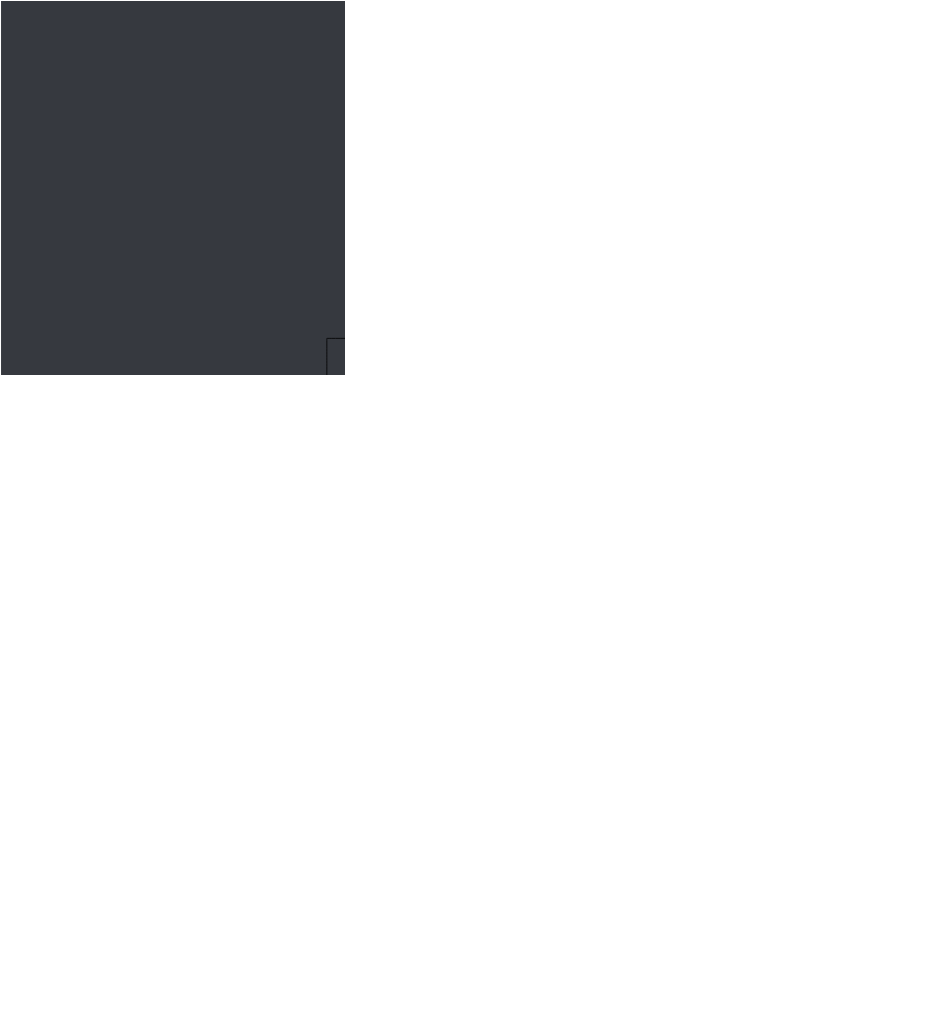
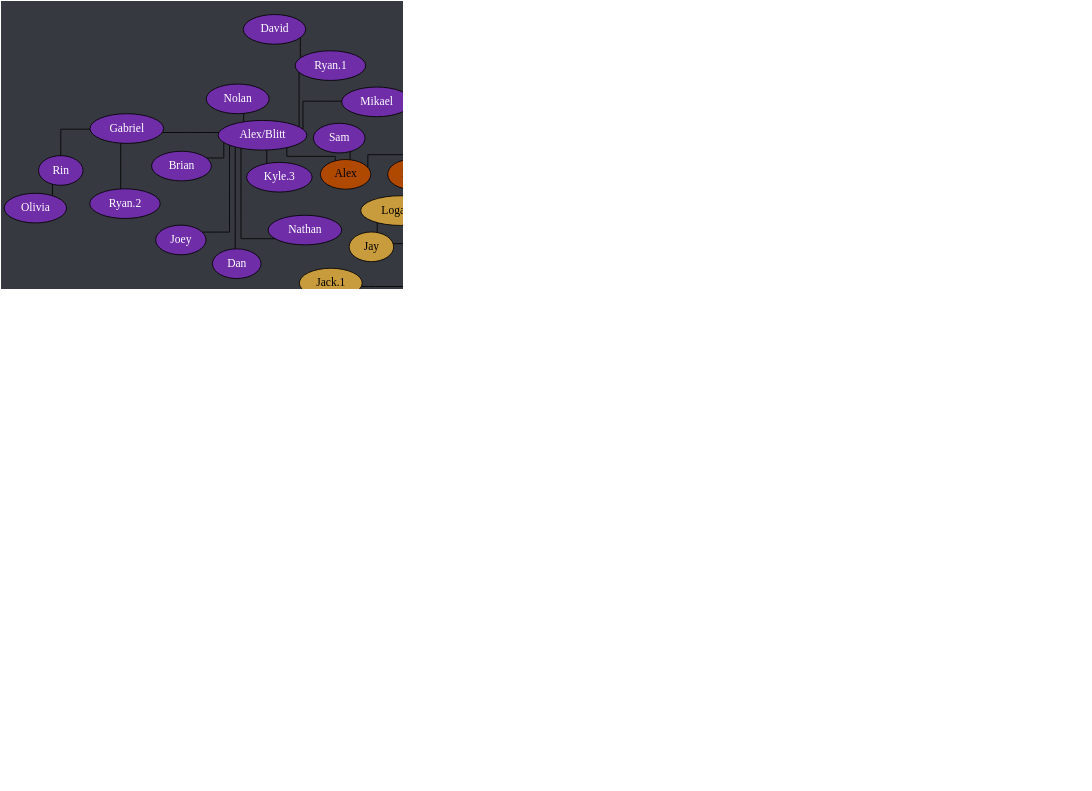
Before and after one commit to Documidas/CoronaCatzFamilyTree: the diagram in tree.dot, drawn with Graphviz. The commit also changed 1 other file, not shown here.

Commit message:
Add David

```diff
--- a/tree.dot
+++ b/tree.dot
@@ -1,185 +1,186 @@
 strict graph {
 	// Layout Configuration
 	layout = neato;
 	dpi = 200;
 	epsilon = 0.01;
 	mode = major;
 	model = subset;
 	overlap = false;
 	splines = ortho;
 	start = rand;
 
 	// Visual Configuration
 	graph [ truecolor=true bgcolor="#36393f" ];
 	node [ style=filled fillcolor="gray" fontcolor="black" ];
 
 	subgraph "Joel" {
 		node [ style=filled fillcolor="firebrick4" fontcolor="white" ];
 		Joel [ style=filled fillcolor="gold" fontcolor="black" ];
 
 		Cayla -- Ali;
 		Cayla -- Jake;
 		Cayla -- Jonathan;
 		Cayla -- "Nick.1";
 		Cayla -- Ranger;
 		Cayla -- Ross;
 		Joel -- Anders;
 		Joel -- Austin;
 		Joel -- Cayla;
 		Joel -- Jared;
 		Joel -- Patrick;
 		Joel -- Steven;
 		Joel -- Zachry;
 		Zachry -- Syd;
 	}
 
 	subgraph "Anders" {
 		node [ style=filled fillcolor="green4" fontcolor="white" ];
 		// Anders [ style=filled fillcolor="green4" fontcolor="white" ];
 
 		Anders -- Chiara;
 		Anders -- "Cody.1";
 		Anders -- Cole;
 		Anders -- Daniel;
 		Anders -- Derek;
 		Anders -- DJ;
 		Anders -- Jen;
 		Anders -- "Matt.2";
 		Anders -- Solis;
 		Anders -- Wyatt;
 		Anders -- Viwat;
 		Anders -- "Zach.0";
 		Anders -- Zack;
 	}
 
 	subgraph "Jared" {
 		node [ style=filled fillcolor="royalblue" fontcolor="black" ];
 		// Jared [ style=filled fillcolor="royalblue" fontcolor="black" ];
 
 		Aly -- "Nick.2";
 		America -- "Kat.2";
 		Brandi -- Justine;
 		"Bryan.1" -- "Brandon.2";
 		"Bryan.1" -- "Cody.2";
 		"Bryan.1" -- Lori;
 		"Bryan.1" -- "Matt.3";
 		"Bryan.1" -- Nebtune;
 		Donnie -- Aiyo;
 		Donnie -- "Alex.2";
 		Donnie -- Aresty;
 		Donnie -- "Bryan.1";
 		Donnie -- Hua;
 		Donnie -- Mello;
 		Donnie -- Mia;
 		Donnie -- Mimi;
 		Donnie -- Moon;
 		Donnie -- "Nick.2";
 		Donnie -- Naomi;
 		Donnie -- Serge;
 		Donnie -- Vala;
 		Gaby -- "Chris.2";
 		Lori -- "Brandon.1";
 		Jared -- Alexander;
 		Jared -- Ben;
 		Jared -- Brandi;
 		Jared -- "Carter-1.0";
 		Jared -- Chad;
 		Jared -- Dave;
 		Jared -- Donnie;
 		Jared -- Em;
 		Jared -- Fabi;
 		Jared -- Frank;
 		Jared -- Hannah;
 		Jared -- "John Boi";
 		Jared -- "Josh.2";
 		Jared -- Mason;
 		Jared -- "Matt.1";
 		Jared -- Mehmet;
 		Jared -- Nam;
 		Jared -- Pixie;
 		Jared -- Spencer;
 		Jared -- Tyler;
 		Jared -- "Zach/Laniakea";
 		Jared -- Zoe;
 		"John Boi" -- Hardie;
 		Mimi -- Hia;
 		Moon -- "Brandon.3";
 		Tyler -- Aly;
 		Tyler -- "Alex.3";
 		Tyler -- America;
 		Tyler -- "Bryan.2";
 		Tyler -- Gaby;
 		Zoe -- Aiden;
 		Zoe -- Simon;
 	}
 
 	subgraph "Zach/Laniakea" {
 		node [ style=filled fillcolor="#4eff2c" fontcolor="black" ];
 		// "Zach/Laniakea" [ style=filled fillcolor="#4eff2c" fontcolor="black" ];
 
 		"Caio.2" -- "Kyle.1";
 		"Caio.2" -- Lucas;
 		"Ryan/Des" -- Marcus;
 		"Zach/Laniakea" -- "Caio.2";
 		"Zach/Laniakea" -- John;
 		"Zach/Laniakea" -- "Logan.1";
 		"Zach/Laniakea" -- Kevin;
 		"Zach/Laniakea" -- Kody;
 		"Zach/Laniakea" -- "Kyle.0";
 		"Zach/Laniakea" -- Mike;
 		"Zach/Laniakea" -- "Ryan/Des";
 		"Zach/Laniakea" -- "Ryan/Winters";
 		"Ryan/Winters" -- "Zach.1";
 	}
 
 	subgraph "John" {
 		node [ style=filled fillcolor="#c89b3c" fontcolor="black" ];
 		// John [ style=filled fillcolor="#c89b3c" fontcolor="black" ];
 
 		Jay -- "Logan.2";
 		John -- Anna;
 		John -- Emily;
 		John -- Haber;
 		John -- Jay;
 		John -- "Jack.1";
 		John -- Lara;
 		John -- "Thomas.1";
 	}
 
 	subgraph "Thomas.1" {
 		node [ style=filled fillcolor="#b04900" fontcolor="black" ];
 		// "Thomas.1" [ style=filled fillcolor="#b04900" fontcolor="black" ];
 
 		"Da'Von" -- Dalton;
 		"Da'Von" -- Jon;
 		"Da'Von" -- Karma;
 		"Da'Von" -- Zeller;
 		Dalton -- "Carter.2";
 		"Thomas.1" -- Alex;
 		"Thomas.1" -- Christian;
 		"Thomas.1" -- "Da'Von";
 		"Thomas.1" -- Dre;
 		"Thomas.1" -- "Josh.1";
 		"Thomas.1" -- "Tony.1";
 	}
 
 	subgraph "Alex" {
 		node [ style=filled fillcolor="#6f2da8" fontcolor="white" ];
 		// Alex [ style=filled fillcolor="#6f2da8" fontcolor="black" ];
 
 		Alex -- "Alex/Blitt";
 		Alex -- Sam;
 		"Alex/Blitt" -- Brian;
 		"Alex/Blitt" -- Dan;
 		"Alex/Blitt" -- Gabriel;
 		"Alex/Blitt" -- Joey;
 		"Alex/Blitt" -- "Kyle.3";
 		"Alex/Blitt" -- Mikael;
 		"Alex/Blitt" -- Nathan;
 		"Alex/Blitt" -- Nolan;
 		"Alex/Blitt" -- "Ryan.1";
 		Gabriel -- Rin;
 		Gabriel -- "Ryan.2";
 		Rin -- Olivia;
+		"Ryan.1" -- David;
 	}
 }
```
